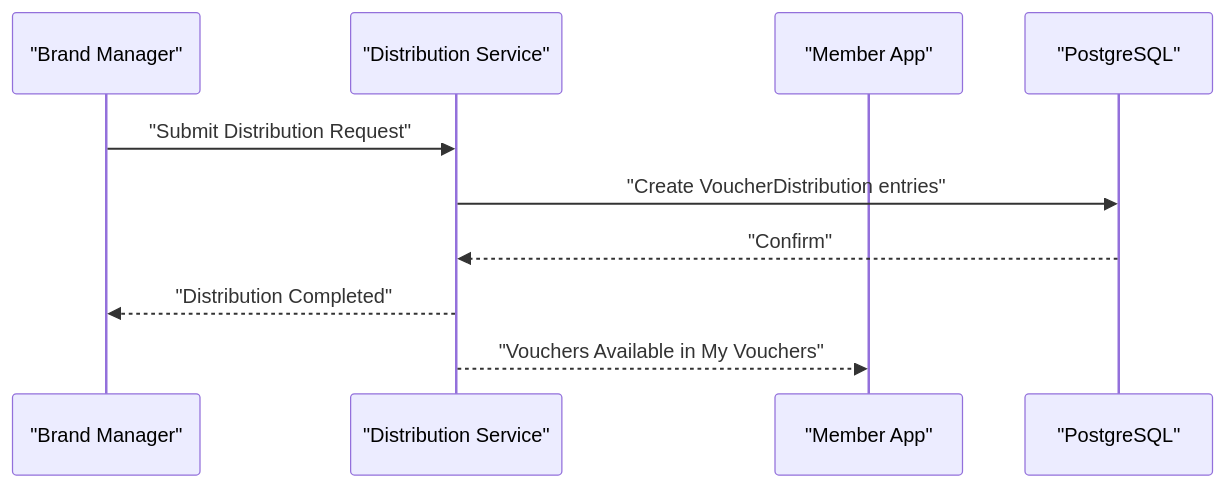
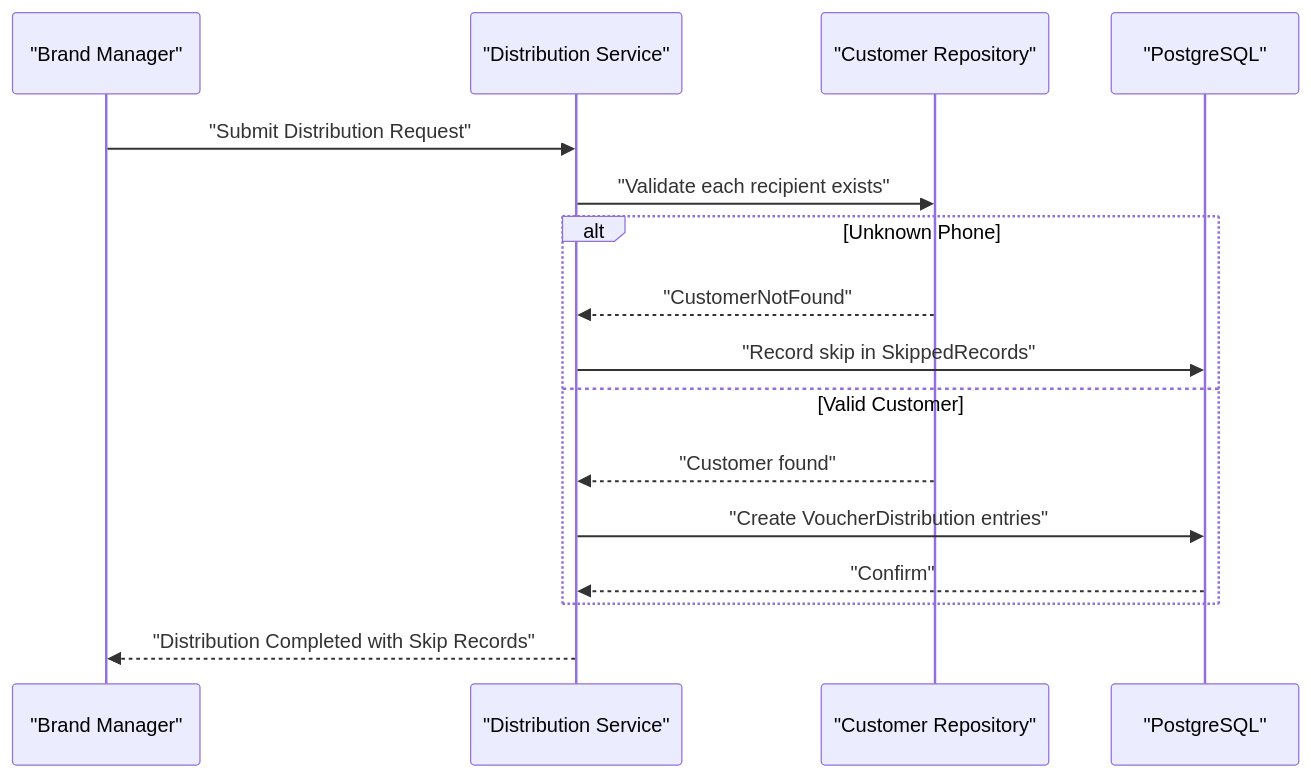
The fourth of 25 diagrams in .qoder/repowiki/en/content/Business Logic and Workflows/Business Logic and Workflows.md (lamhongbac/NonCash), drawn with Mermaid before and after one commit. The commit also changed other lines of this file and 111 other files, not shown here.

````diff
--- a/.qoder/repowiki/en/content/Business Logic and Workflows/Business Logic and Workflows.md
+++ b/.qoder/repowiki/en/content/Business Logic and Workflows/Business Logic and Workflows.md
@@ -237,12 +251,18 @@
 ```mermaid
 sequenceDiagram
 participant Brand as "Brand Manager"
 participant Dist as "Distribution Service"
-participant Mem as "Member App"
+participant Cust as "Customer Repository"
 participant DB as "PostgreSQL"
 Brand->>Dist : "Submit Distribution Request"
+Dist->>Cust : "Validate each recipient exists"
+alt Unknown Phone
+Cust-->>Dist : "CustomerNotFound"
+Dist->>DB : "Record skip in SkippedRecords"
+else Valid Customer
+Cust-->>Dist : "Customer found"
 Dist->>DB : "Create VoucherDistribution entries"
 DB-->>Dist : "Confirm"
-Dist-->>Brand : "Distribution Completed"
-Dist-->>Mem : "Vouchers Available in My Vouchers"
+end
+Dist-->>Brand : "Distribution Completed with Skip Records"
 ```
````
